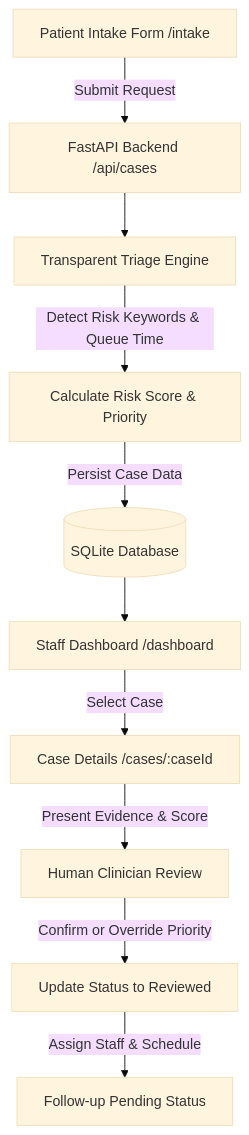
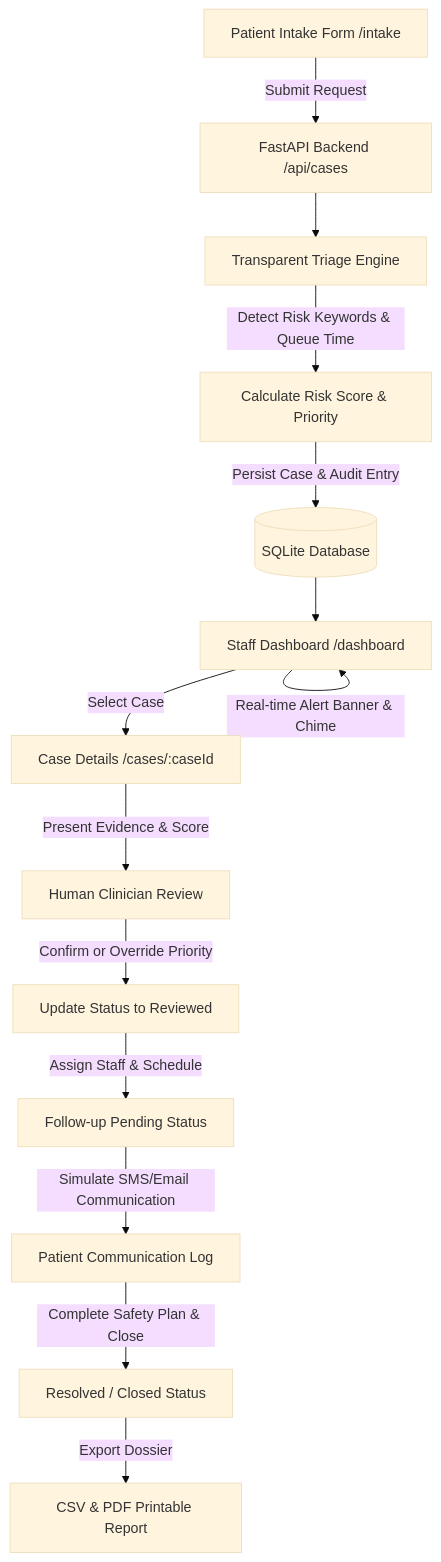
Before and after one commit to rajesh028-cyb/COE_PROJECT: the diagram in README.md, drawn with Mermaid (base theme). The commit also changed other lines of this file and 12 other files, not shown here.

Commit message:
feat: complete urgency triage clinical system with real-time alerts, patient messaging simulation, case resolution, and reporting

````diff
--- a/README.md
+++ b/README.md
@@ -25,12 +26,16 @@
 ```mermaid
 flowchart TD
     A[Patient Intake Form /intake] -->|Submit Request| B[FastAPI Backend /api/cases]
     B --> C[Transparent Triage Engine]
     C -->|Detect Risk Keywords & Queue Time| D[Calculate Risk Score & Priority]
-    D -->|Persist Case Data| E[(SQLite Database)]
+    D -->|Persist Case & Audit Entry| E[(SQLite Database)]
     E --> F[Staff Dashboard /dashboard]
+    F -->|Real-time Alert Banner & Chime| F
     F -->|Select Case| G[Case Details /cases/:caseId]
     G -->|Present Evidence & Score| H[Human Clinician Review]
     H -->|Confirm or Override Priority| I[Update Status to Reviewed]
     I -->|Assign Staff & Schedule| J[Follow-up Pending Status]
+    J -->|Simulate SMS/Email Communication| K[Patient Communication Log]
+    K -->|Complete Safety Plan & Close| L[Resolved / Closed Status]
+    L -->|Export Dossier| M[CSV & PDF Printable Report]
 ```
````
